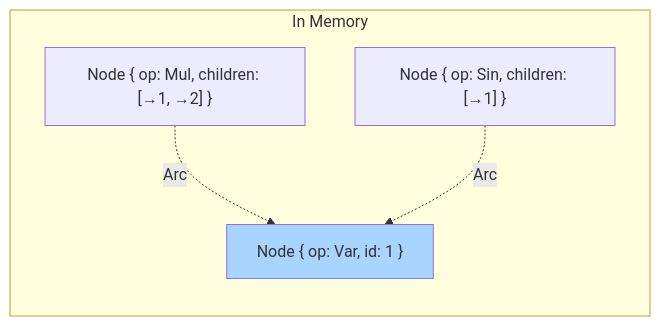
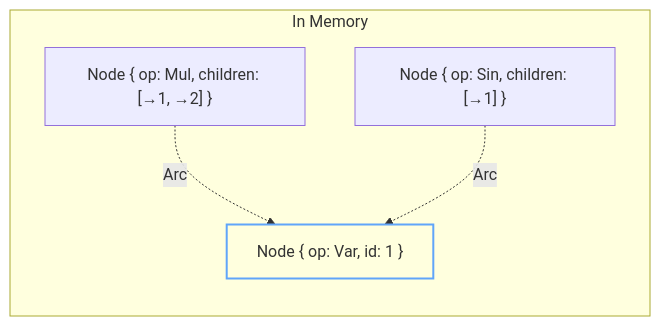
One commit to bolu-atx/bolu-atx.github.io changed the second of 5 diagrams in _posts/2025-07-15-autodiff-rust-part2-scalar-autodiff.md. Above: the diagram before and after it, drawn with Mermaid. The commit also changed 5 other files, not shown here.

First line of the commit message:
Add dark mode support for Mermaid diagrams

````diff
--- a/_posts/2025-07-15-autodiff-rust-part2-scalar-autodiff.md
+++ b/_posts/2025-07-15-autodiff-rust-part2-scalar-autodiff.md
@@ -114,13 +114,14 @@
 ```mermaid
 graph BT
     subgraph "In Memory"
         node_x["Node { op: Var, id: 1 }"]
         node_mul["Node { op: Mul, children: [→1, →2] }"]
         node_sin["Node { op: Sin, children: [→1] }"]
     end
 
     node_mul -.->|"Arc"| node_x
     node_sin -.->|"Arc"| node_x
 
-    style node_x fill:#a8d5ff
+    classDef shared fill:none,stroke:#60a5fa,stroke-width:2px
+    class node_x shared
 ```
````
